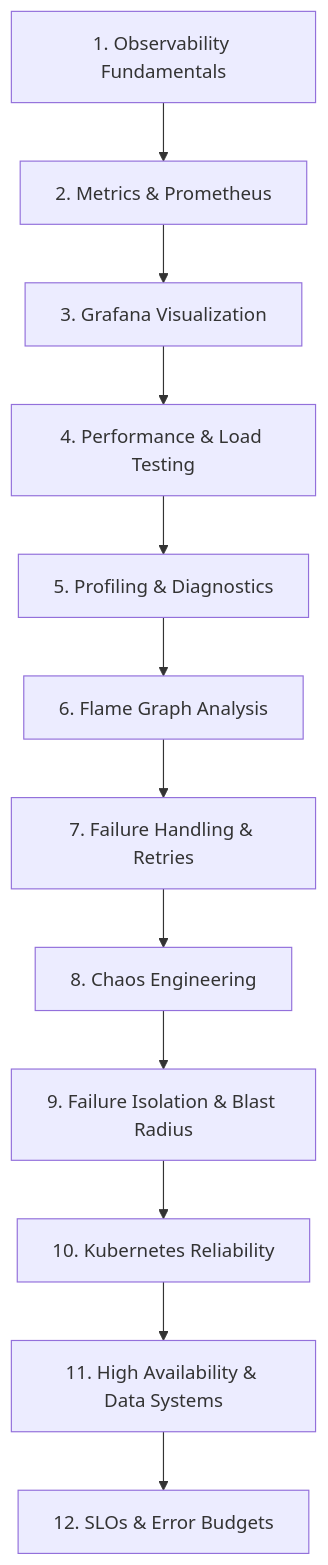
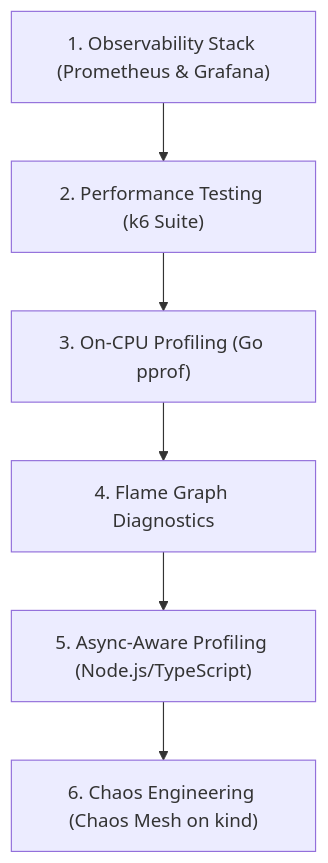
The diagram in docs/learning-path.md (sodiqscript111/SRE_toolkit), drawn with Mermaid before and after one commit. The commit also changed other lines of this file and 68 other files, not shown here.

````diff
--- a/docs/learning-path.md
+++ b/docs/learning-path.md
@@ -9,14 +11,8 @@
 ```mermaid
 flowchart TD
-    M1["1. Observability Fundamentals"] --> M2["2. Metrics & Prometheus"]
-    M2 --> M3["3. Grafana Visualization"]
-    M3 --> M4["4. Performance & Load Testing"]
-    M4 --> M5["5. Profiling & Diagnostics"]
-    M5 --> M6["6. Flame Graph Analysis"]
-    M6 --> M7["7. Failure Handling & Retries"]
-    M7 --> M8["8. Chaos Engineering"]
-    M8 --> M9["9. Failure Isolation & Blast Radius"]
-    M9 --> M10["10. Kubernetes Reliability"]
-    M10 --> M11["11. High Availability & Data Systems"]
-    M11 --> M12["12. SLOs & Error Budgets"]
+    M1["1. Observability Stack (Prometheus & Grafana)"] --> M2["2. Performance Testing (k6 Suite)"]
+    M2 --> M3["3. On-CPU Profiling (Go pprof)"]
+    M3 --> M4["4. Flame Graph Diagnostics"]
+    M4 --> M5["5. Async-Aware Profiling (Node.js/TypeScript)"]
+    M5 --> M6["6. Chaos Engineering (Chaos Mesh on kind)"]
 ```
````
